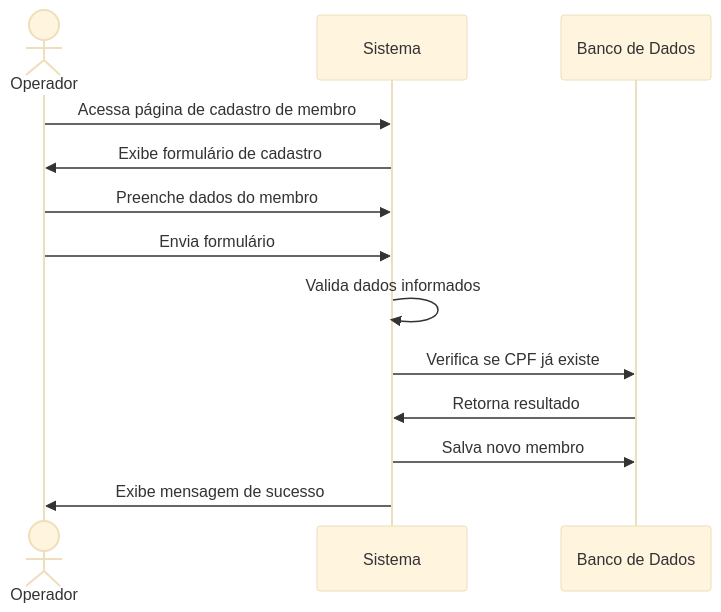
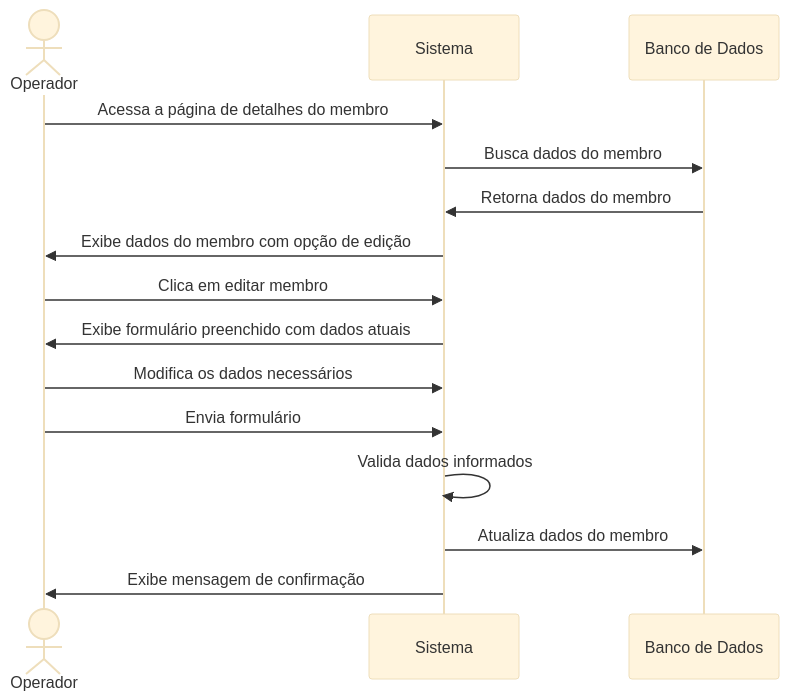
The first of 2 diagrams in Writerside/topics/RF06.md (Bomsalvez/quilombo-docs), drawn with Mermaid (base theme) before and after one commit. The commit also changed other lines of this file and 34 other files, not shown here.

````diff
--- a/Writerside/topics/RF06.md
+++ b/Writerside/topics/RF06.md
@@ -57,16 +58,18 @@
 ```mermaid
 sequenceDiagram
     actor O as Operador
     participant S as Sistema
     participant BD as Banco de Dados
     
-    O->>S: Acessa página de cadastro de membro
-    S->>O: Exibe formulário de cadastro
-    O->>S: Preenche dados do membro
+    O->>S: Acessa a página de detalhes do membro
+    S->>BD: Busca dados do membro
+    BD->>S: Retorna dados do membro
+    S->>O: Exibe dados do membro com opção de edição
+    O->>S: Clica em editar membro
+    S->>O: Exibe formulário preenchido com dados atuais
+    O->>S: Modifica os dados necessários
     O->>S: Envia formulário
     S->>S: Valida dados informados
-    S->>BD: Verifica se CPF já existe
-    BD->>S: Retorna resultado
-    S->>BD: Salva novo membro
-    S->>O: Exibe mensagem de sucesso
+    S->>BD: Atualiza dados do membro
+    S->>O: Exibe mensagem de confirmação
 ```
````
